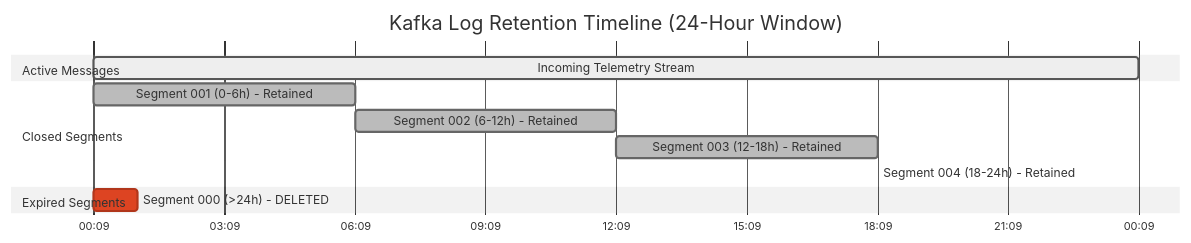
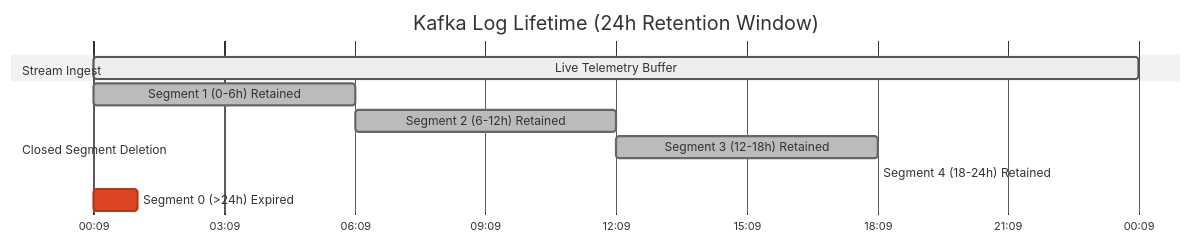
One commit to Chief-Strategist-J/llm-obs-infra changed the seventh of 12 diagrams in docs/configDoc/kafka-configuration-guide.md. Above: the diagram before and after it, drawn with Mermaid (neutral theme). The commit also changed other lines of this file, not shown here.

Commit message:
docs(kafka): add HLD/LLD diagrams, naming convention origin, and visual parameter breakdowns to kafka-configuration-guide.md

````diff
--- a/docs/configDoc/kafka-configuration-guide.md
+++ b/docs/configDoc/kafka-configuration-guide.md
@@ -153,16 +278,15 @@
 ```mermaid
 gantt
-    title Kafka Log Retention Timeline (24-Hour Window)
+    title Kafka Log Lifetime (24h Retention Window)
     dateFormat HH:mm
     axisFormat %H:%m
 
-    section Active Messages
-    Incoming Telemetry Stream       :active, stream, 00:00, 24h
-    section Closed Segments
-    Segment 001 (0-6h) - Retained   :done, seg1, 00:00, 06:00
-    Segment 002 (6-12h) - Retained  :done, seg2, 06:00, 12:00
-    Segment 003 (12-18h) - Retained :done, seg3, 12:00, 18:00
-    Segment 004 (18-24h) - Retained :done, seg4, 18:00, 24:00
-    section Expired Segments
-    Segment 000 (>24h) - DELETED   :crit, seg0, 00:00, 01:00
+    section Stream Ingest
+    Live Telemetry Buffer          :active, stream, 00:00, 24h
+    section Closed Segment Deletion
+    Segment 1 (0-6h) Retained      :done, seg1, 00:00, 06:00
+    Segment 2 (6-12h) Retained     :done, seg2, 06:00, 12:00
+    Segment 3 (12-18h) Retained    :done, seg3, 12:00, 18:00
+    Segment 4 (18-24h) Retained    :done, seg4, 18:00, 24:00
+    Segment 0 (>24h) Expired      :crit, seg0, 00:00, 01:00
 ```
````
